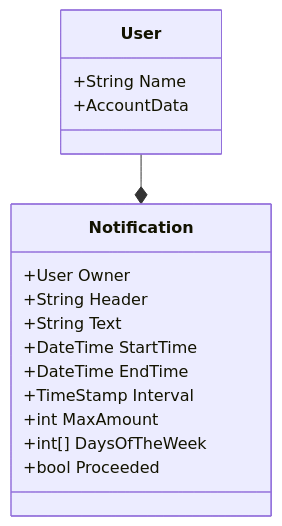
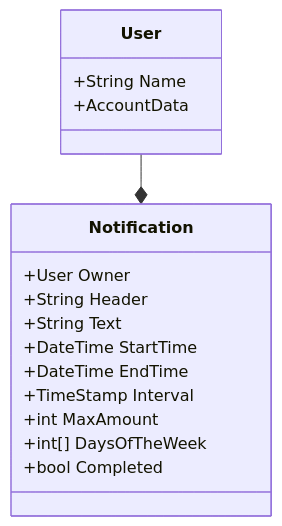
One commit to CIRCULARKA/notificator changed the diagram in README.md. Above: the diagram before and after it, drawn with Mermaid. The commit also changed other lines of this file, not shown here.

````diff
--- a/README.md
+++ b/README.md
@@ -9,21 +9,21 @@
 ```mermaid
 classDiagram
     User --* Notification
 
     class Notification {
         +User Owner
         +String Header
         +String Text
         +DateTime StartTime
         +DateTime EndTime
         +TimeStamp Interval
         +int MaxAmount
         +int[] DaysOfTheWeek
-        +bool Proceeded
+        +bool Completed
     }
 
     class User {
         +String Name
         +AccountData
     }
 ```
````
